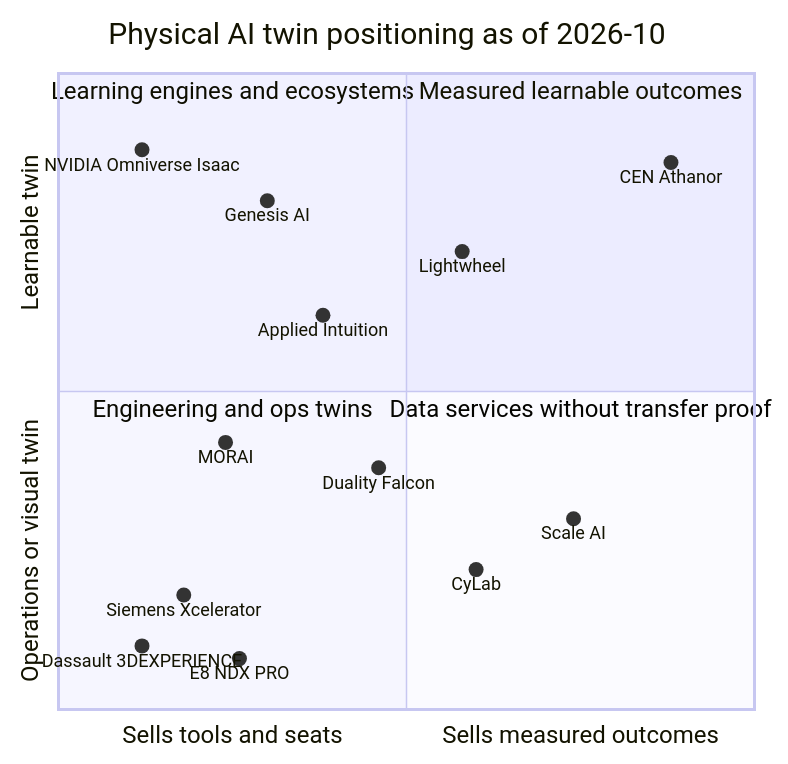
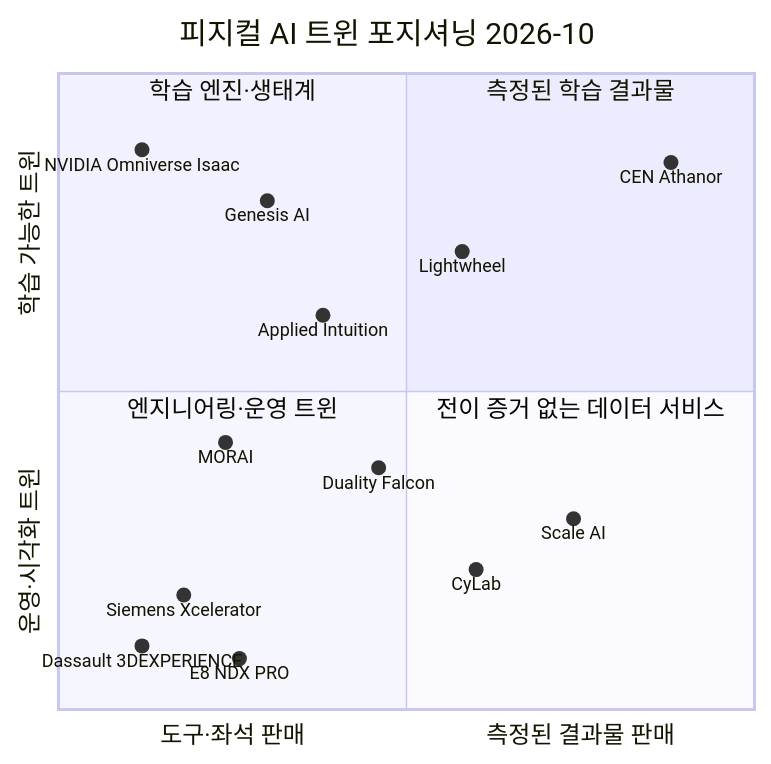
Before and after one commit to ouremployeeces-ship-it/AIResearch: the fourth of 5 diagrams in docs/digital-twin-platform/01-vision-positioning.md, drawn with Mermaid. The commit also changed other lines of this file and 14 other files, not shown here.

````diff
--- a/docs/digital-twin-platform/01-vision-positioning.md
+++ b/docs/digital-twin-platform/01-vision-positioning.md
@@ -404,22 +419,22 @@
 ```mermaid
 quadrantChart
-    title Physical AI twin positioning as of 2026-10
-    x-axis Sells tools and seats --> Sells measured outcomes
-    y-axis Operations or visual twin --> Learnable twin
-    quadrant-1 Measured learnable outcomes
-    quadrant-2 Learning engines and ecosystems
-    quadrant-3 Engineering and ops twins
-    quadrant-4 Data services without transfer proof
+    title 피지컬 AI 트윈 포지셔닝 2026-10
+    x-axis 도구·좌석 판매 --> 측정된 결과물 판매
+    y-axis 운영·시각화 트윈 --> 학습 가능한 트윈
+    quadrant-1 측정된 학습 결과물
+    quadrant-2 학습 엔진·생태계
+    quadrant-3 엔지니어링·운영 트윈
+    quadrant-4 전이 증거 없는 데이터 서비스
     NVIDIA Omniverse Isaac: [0.12, 0.88]
     Genesis AI: [0.30, 0.80]
     Applied Intuition: [0.38, 0.62]
     Lightwheel: [0.58, 0.72]
     MORAI: [0.24, 0.42]
     Duality Falcon: [0.46, 0.38]
     CyLab: [0.60, 0.22]
     Scale AI: [0.74, 0.30]
     Siemens Xcelerator: [0.18, 0.18]
     Dassault 3DEXPERIENCE: [0.12, 0.10]
     E8 NDX PRO: [0.26, 0.08]
     CEN Athanor: [0.88, 0.86]
 ```
````
